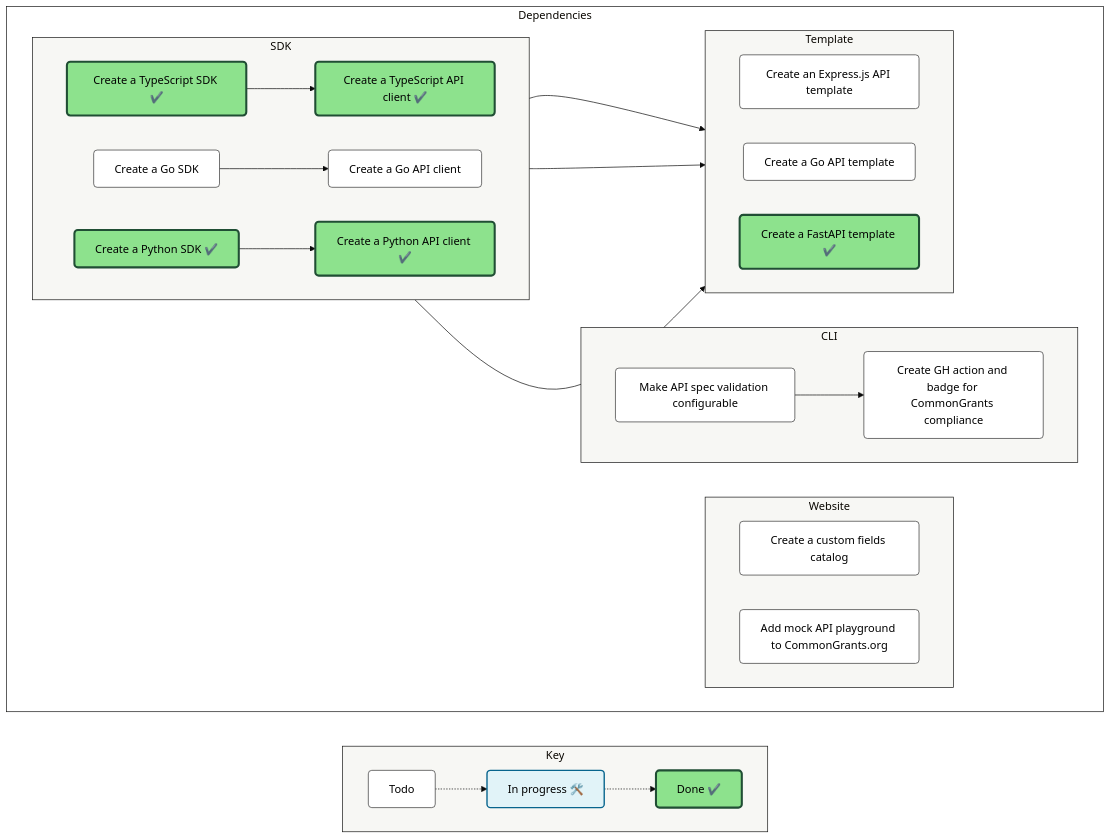
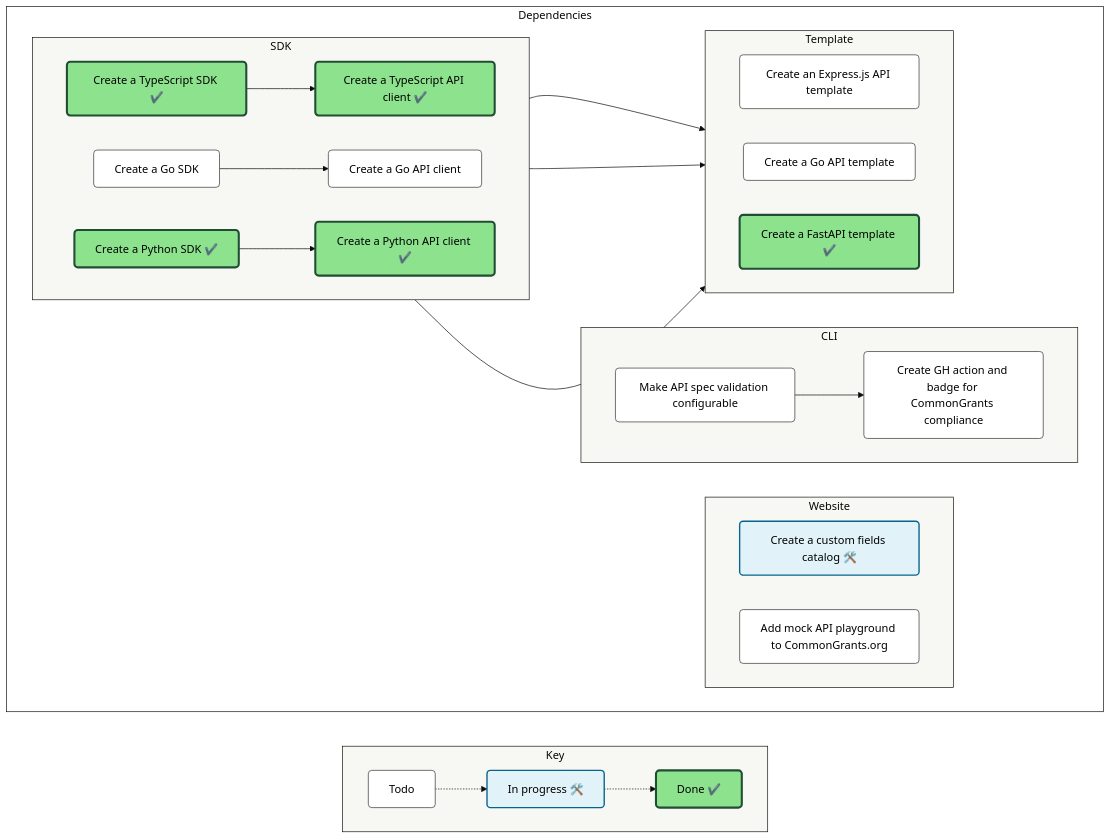
The diagram in README.md (HHS/simpler-grants-protocol), drawn with Mermaid (base theme) before and after one commit.

Commit message:
docs: Update README with dependency diagram

````diff
--- a/README.md
+++ b/README.md
@@ -44,83 +44,83 @@
 ```mermaid
 
 flowchart LR
 
   %% ─────────────────────────────
   %% Styles
   %% ─────────────────────────────
   classDef default fill:#fff,stroke:#333,stroke-width:1px,color:#000,rx:5,ry:5
   classDef InProgress fill:#e1f3f8,stroke:#07648d,stroke-width:2px,color:#000
   classDef Done fill:#8DE28D,stroke:#204e34,stroke-width:3px,color:#000
   style Canvas fill:transparent,stroke:#171716
   style Legend fill:#F7F7F4,stroke:#171716
   style sdk fill:#F7F7F4,stroke:#171716
   style website fill:#F7F7F4,stroke:#171716
   style cli fill:#F7F7F4,stroke:#171716
   style template fill:#F7F7F4,stroke:#171716
 
   %% ─────────────────────────────
   %% Legend
   %% ─────────────────────────────
   subgraph Legend["Key"]
     direction LR
     k1["Todo"]
     k2["In progress 🛠️ "]:::InProgress
     k3["Done ✔️"]:::Done
 
     k1 -.-> k2 -.-> k3
   end
 
   %% ─────────────────────────────
   %% Main canvas
   %% ─────────────────────────────
   subgraph Canvas["Dependencies"]
     direction LR
 
 
     subgraph sdk["SDK"]
     direction LR
         HHS/simpler-grants-protocol#321["Create a TypeScript SDK ✔️"]:::Done
         HHS/simpler-grants-protocol#323["Create a Go SDK"]
         HHS/simpler-grants-protocol#324["Create a Python API client ✔️"]:::Done
         HHS/simpler-grants-protocol#328["Create a TypeScript API client ✔️"]:::Done
         HHS/simpler-grants-protocol#329["Create a Go API client"]
         HHS/simpler-grants-protocol#342["Create a Python SDK ✔️"]:::Done
     end
 
 
     subgraph website["Website"]
     direction LR
-        HHS/simpler-grants-protocol#330["Create a custom fields catalog"]
+        HHS/simpler-grants-protocol#330["Create a custom fields catalog 🛠️"]:::InProgress
         HHS/simpler-grants-protocol#334["Add mock API playground to CommonGrants.org"]
     end
 
 
     subgraph cli["CLI"]
     direction LR
         HHS/simpler-grants-protocol#331["Make API spec validation configurable"]
         HHS/simpler-grants-protocol#335["Create GH action and badge for CommonGrants compliance"]
     end
 
 
     subgraph template["Template"]
     direction LR
         HHS/simpler-grants-protocol#332["Create an Express.js API template"]
         HHS/simpler-grants-protocol#333["Create a Go API template"]
         HHS/simpler-grants-protocol#343["Create a FastAPI template ✔️"]:::Done
     end
 
 
     %% ─────────────────────────────
     %% Relationships
     %% ─────────────────────────────
     HHS/simpler-grants-protocol#321 --> HHS/simpler-grants-protocol#332
     HHS/simpler-grants-protocol#321 --> HHS/simpler-grants-protocol#328
     HHS/simpler-grants-protocol#323 --> HHS/simpler-grants-protocol#333
     HHS/simpler-grants-protocol#323 --> HHS/simpler-grants-protocol#329
     HHS/simpler-grants-protocol#331 --> HHS/simpler-grants-protocol#335
     HHS/simpler-grants-protocol#342 --> HHS/simpler-grants-protocol#343
     HHS/simpler-grants-protocol#342 --> HHS/simpler-grants-protocol#324
 
   end
 
 ```
````
